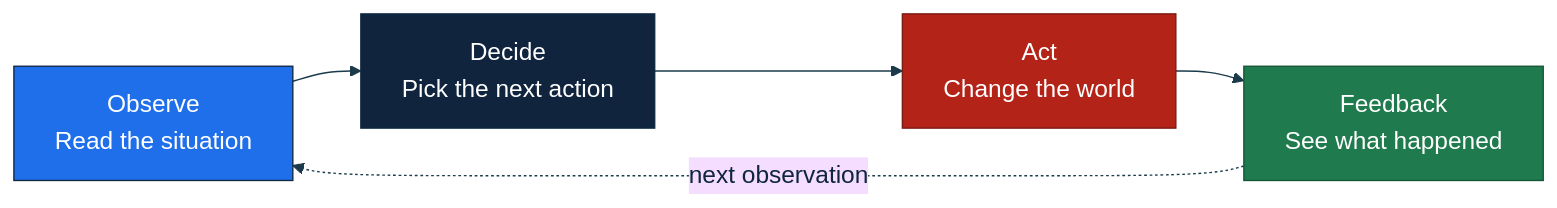
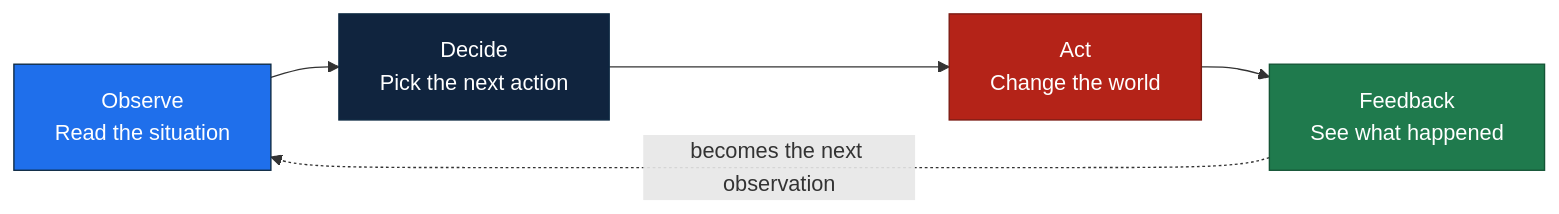
One commit to salihtutun/Agentic-AI_Autonomous_Decision_Making changed the diagram in assets/mermaid/agent-loop.mmd. Above: the diagram before and after it, drawn with Mermaid. The commit also changed 24 other files, not shown here.

Commit message:
feat: redraw the session diagrams so the arrows match the lesson

```diff
--- a/assets/mermaid/agent-loop.mmd
+++ b/assets/mermaid/agent-loop.mmd
@@ -1,14 +1,13 @@
-%%{init: {'theme':'base','themeVariables':{'fontFamily':'Segoe UI, Arial, sans-serif','fontSize':'18px','lineColor':'#1B3A4B','primaryTextColor':'#10243E'}}}%%
 flowchart LR
     O["Observe<br/>Read the situation"] --> D["Decide<br/>Pick the next action"]
     D --> A["Act<br/>Change the world"]
     A --> F["Feedback<br/>See what happened"]
-    F -.->|next observation| O
+    F -.->|becomes the next observation| O
     classDef observe fill:#1F6FEB,stroke:#0E2A43,color:#ffffff,stroke-width:1px
     classDef decide fill:#10243E,stroke:#0E2A43,color:#ffffff,stroke-width:1px
     classDef act fill:#B42318,stroke:#7A1A12,color:#ffffff,stroke-width:1px
     classDef feedback fill:#1F7A4D,stroke:#145536,color:#ffffff,stroke-width:1px
     class O observe
     class D decide
     class A act
     class F feedback
```
